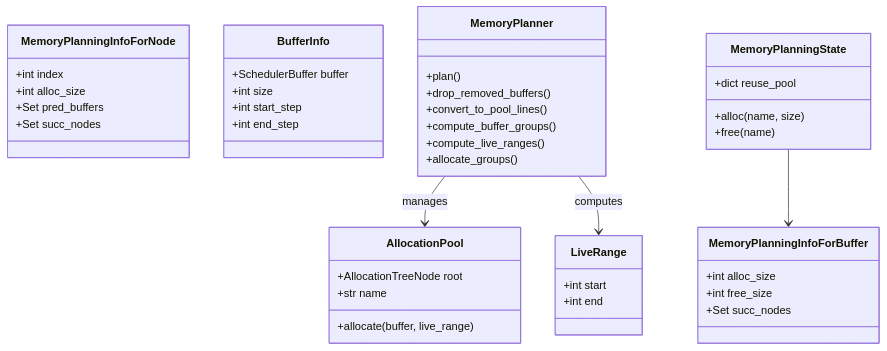
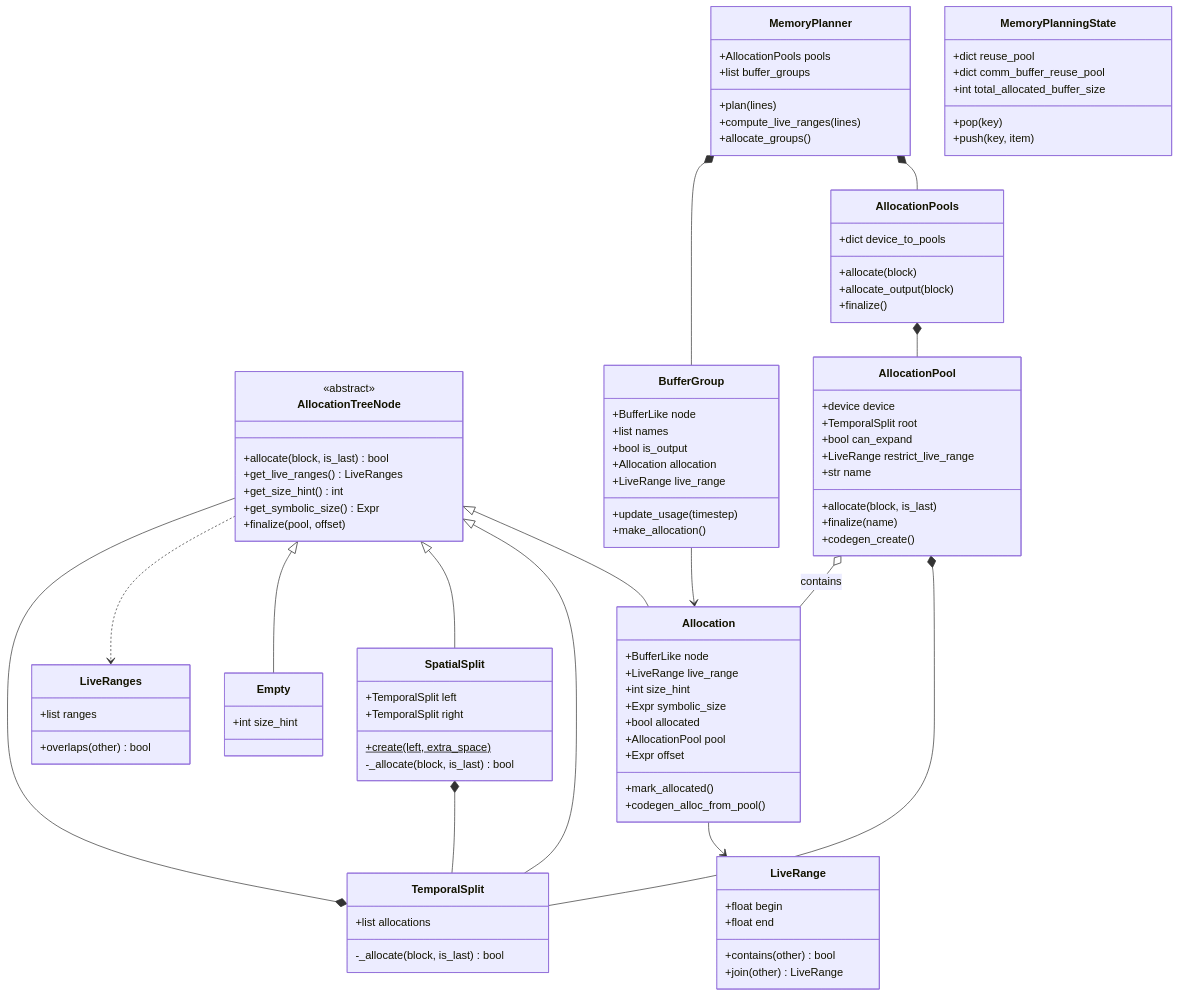
The first of 5 diagrams in Introduction/compiler_view_tutorial/ch09_memory.md (Allen-C-Guan/Pytorch-Inductor-Tutorial), drawn with Mermaid before and after one commit. The commit also changed other lines of this file and 5 other files, not shown here.

````diff
--- a/Introduction/compiler_view_tutorial/ch09_memory.md
+++ b/Introduction/compiler_view_tutorial/ch09_memory.md
@@ -174,52 +970,110 @@
 ```mermaid
 classDiagram
-    class MemoryPlanningInfoForBuffer {
-        +int alloc_size
-        +int free_size
-        +Set succ_nodes
+    class AllocationTreeNode {
+        <<abstract>>
+        +allocate(block, is_last) bool
+        +get_live_ranges() LiveRanges
+        +get_size_hint() int
+        +get_symbolic_size() Expr
+        +finalize(pool, offset)
     }
 
-    class MemoryPlanningInfoForNode {
-        +int index
-        +int alloc_size
-        +Set pred_buffers
-        +Set succ_nodes
+    class Allocation {
+        +BufferLike node
+        +LiveRange live_range
+        +int size_hint
+        +Expr symbolic_size
+        +bool allocated
+        +AllocationPool pool
+        +Expr offset
+        +mark_allocated()
+        +codegen_alloc_from_pool()
     }
 
-    class BufferInfo {
-        +SchedulerBuffer buffer
-        +int size
-        +int start_step
-        +int end_step
+    class TemporalSplit {
+        +list allocations
+        -_allocate(block, is_last) bool
     }
 
-    class LiveRange {
-        +int start
-        +int end
+    class SpatialSplit {
+        +TemporalSplit left
+        +TemporalSplit right
+        +create(left, extra_space)$
+        -_allocate(block, is_last) bool
+    }
+
+    class Empty {
+        +int size_hint
     }
 
     class AllocationPool {
-        +AllocationTreeNode root
+        +device device
+        +TemporalSplit root
+        +bool can_expand
+        +LiveRange restrict_live_range
         +str name
-        +allocate(buffer, live_range)
+        +allocate(block, is_last)
+        +finalize(name)
+        +codegen_create()
+    }
+
+    class AllocationPools {
+        +dict device_to_pools
+        +allocate(block)
+        +allocate_output(block)
+        +finalize()
+    }
+
+    class BufferGroup {
+        +BufferLike node
+        +list names
+        +bool is_output
+        +Allocation allocation
+        +LiveRange live_range
+        +update_usage(timestep)
+        +make_allocation()
     }
 
     class MemoryPlanner {
-        +plan()
-        +drop_removed_buffers()
-        +convert_to_pool_lines()
-        +compute_buffer_groups()
-        +compute_live_ranges()
+        +AllocationPools pools
+        +list buffer_groups
+        +plan(lines)
+        +compute_live_ranges(lines)
         +allocate_groups()
     }
 
     class MemoryPlanningState {
         +dict reuse_pool
-        +alloc(name, size)
-        +free(name)
+        +dict comm_buffer_reuse_pool
+        +int total_allocated_buffer_size
+        +pop(key)
+        +push(key, item)
     }
 
-    MemoryPlanner --> AllocationPool : manages
-    MemoryPlanner --> LiveRange : computes
-    MemoryPlanningState --> MemoryPlanningInfoForBuffer
+    class LiveRange {
+        +float begin
+        +float end
+        +contains(other) bool
+        +join(other) LiveRange
+    }
+
+    class LiveRanges {
+        +list ranges
+        +overlaps(other) bool
+    }
+
+    AllocationTreeNode <|-- Allocation
+    AllocationTreeNode <|-- TemporalSplit
+    AllocationTreeNode <|-- SpatialSplit
+    AllocationTreeNode <|-- Empty
+    TemporalSplit *-- AllocationTreeNode
+    SpatialSplit *-- TemporalSplit
+    AllocationPool *-- TemporalSplit
+    AllocationPool o-- Allocation : contains
+    AllocationPools *-- AllocationPool
+    BufferGroup --> Allocation
+    MemoryPlanner *-- AllocationPools
+    MemoryPlanner *-- BufferGroup
+    Allocation --> LiveRange
+    AllocationTreeNode ..> LiveRanges
 ```
````
